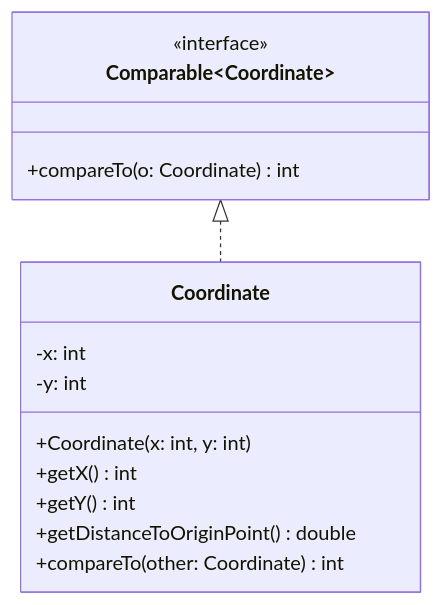
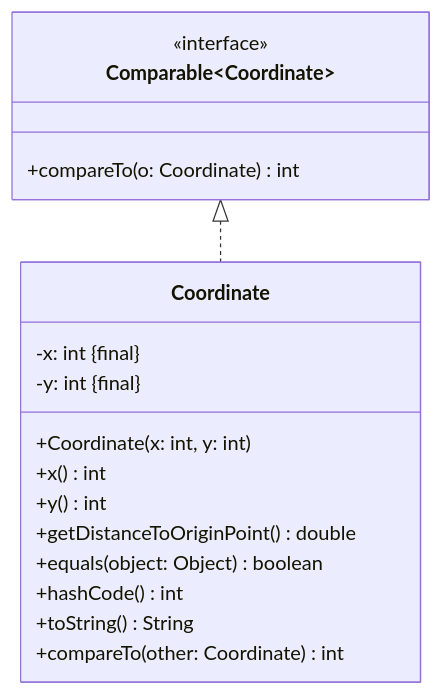
Before and after one commit to jappuccini/java-docs: the diagram in docs/exercises/comparators/comparators01.mdx, drawn with Mermaid. The commit also changed 39 other files, not shown here.

````diff
--- a/docs/exercises/comparators/comparators01.mdx
+++ b/docs/exercises/comparators/comparators01.mdx
@@ -14,19 +14,22 @@
 ```mermaid
 classDiagram
     Comparable~Coordinate~ <|.. Coordinate
 
     class Coordinate {
-        -x: int
-        -y: int
+        -x: int &#123final&#125
+        -y: int &#123final&#125
         +Coordinate(x: int, y: int)
-        +getX() int
-        +getY() int
+        +x() int
+        +y() int
         +getDistanceToOriginPoint() double
+        +equals(object: Object) boolean
+        +hashCode() int
+        +toString() String
         +compareTo(other: Coordinate) int
     }
 
     class Comparable~Coordinate~ {
         <<interface>>
         +compareTo(o: Coordinate) int
     }
 ```
````
